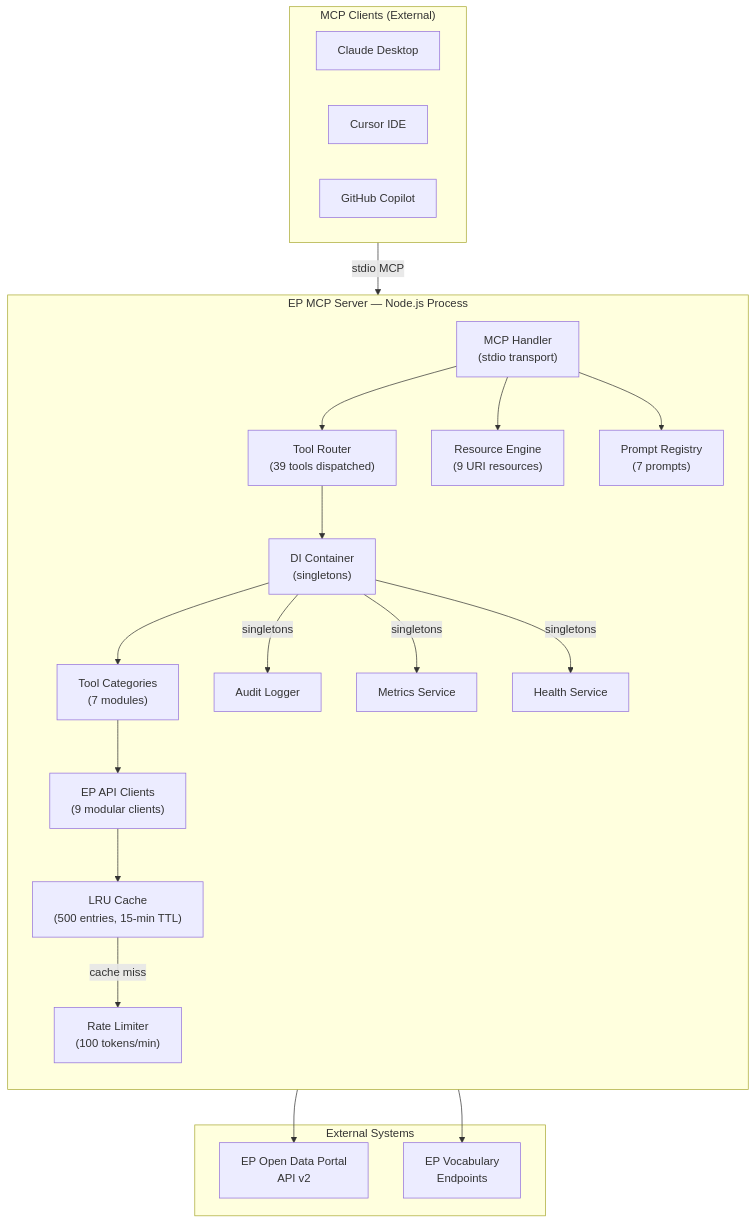
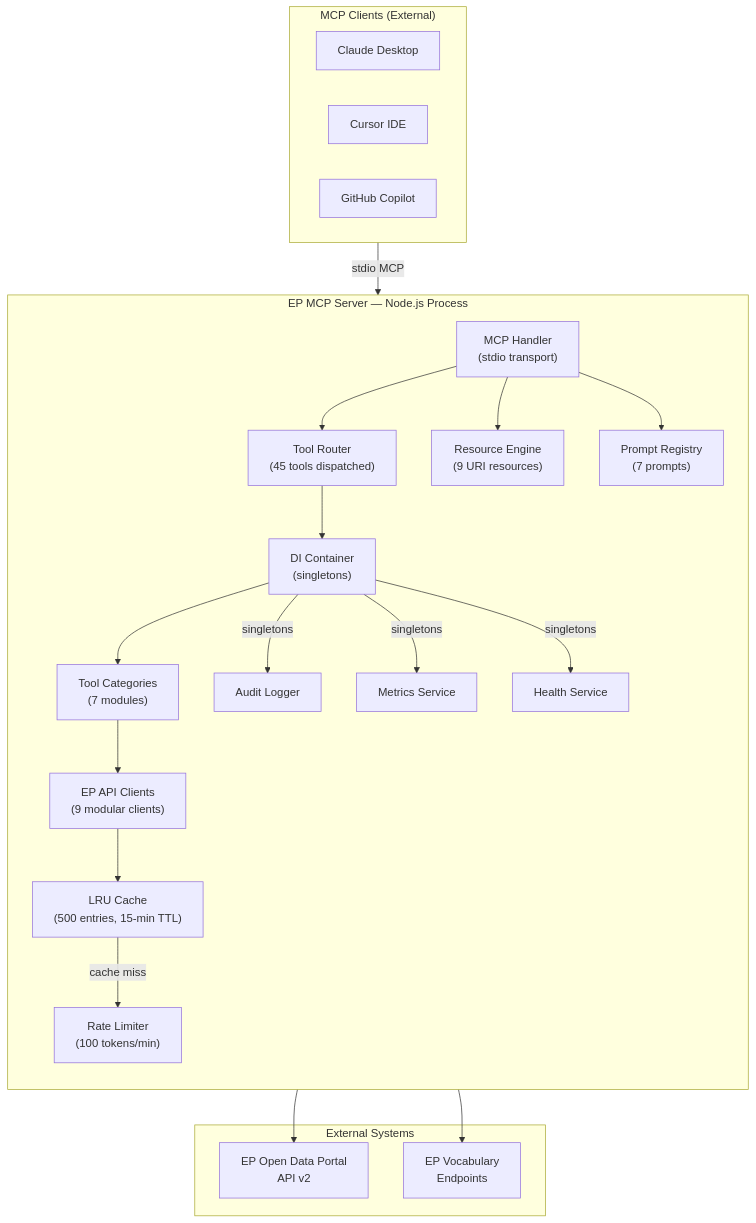
Before and after one commit to Hack23/European-Parliament-MCP-Server: the second of 4 diagrams in ARCHITECTURE.md, drawn with Mermaid. The commit also changed other lines of this file and 1 other file, not shown here.

Commit message:
docs: update C4 architecture diagrams to reflect 45 tools with Phase 6 OSINT

````diff
--- a/ARCHITECTURE.md
+++ b/ARCHITECTURE.md
@@ -100,44 +100,44 @@
 ```mermaid
 flowchart TD
     subgraph MCPClients["MCP Clients (External)"]
         CC["Claude Desktop"]
         CU["Cursor IDE"]
         CO["GitHub Copilot"]
     end
 
     subgraph EPMCPServer["EP MCP Server — Node.js Process"]
         direction TB
         MH["MCP Handler\n(stdio transport)"]
-        TR["Tool Router\n(39 tools dispatched)"]
+        TR["Tool Router\n(45 tools dispatched)"]
         RE["Resource Engine\n(9 URI resources)"]
         PR["Prompt Registry\n(7 prompts)"]
         DI["DI Container\n(singletons)"]
         TC["Tool Categories\n(7 modules)"]
         EC["EP API Clients\n(9 modular clients)"]
         CA["LRU Cache\n(500 entries, 15-min TTL)"]
         RL["Rate Limiter\n(100 tokens/min)"]
         AL["Audit Logger"]
         MS["Metrics Service"]
         HS["Health Service"]
     end
 
     subgraph ExternalSystems["External Systems"]
         EPA["EP Open Data Portal\nAPI v2"]
         EV["EP Vocabulary\nEndpoints"]
     end
 
     MCPClients -->|"stdio MCP"| MH
     MH --> TR
     MH --> RE
     MH --> PR
     TR --> DI
     DI --> TC
     TC --> EC
     EC --> CA
     CA -->|"cache miss"| RL
     RL --> EPA
     EC --> EV
     DI -->|"singletons"| AL
     DI -->|"singletons"| MS
     DI -->|"singletons"| HS
 ```
````
